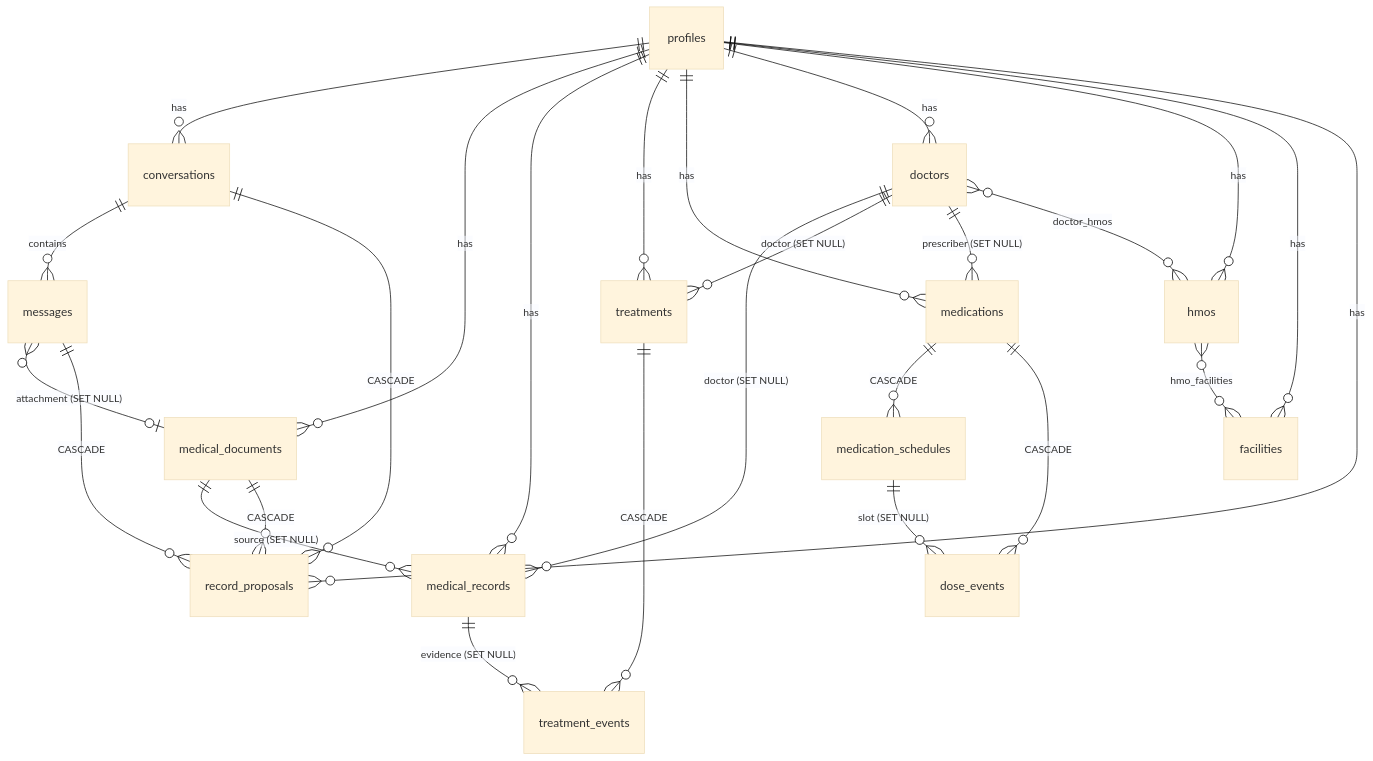
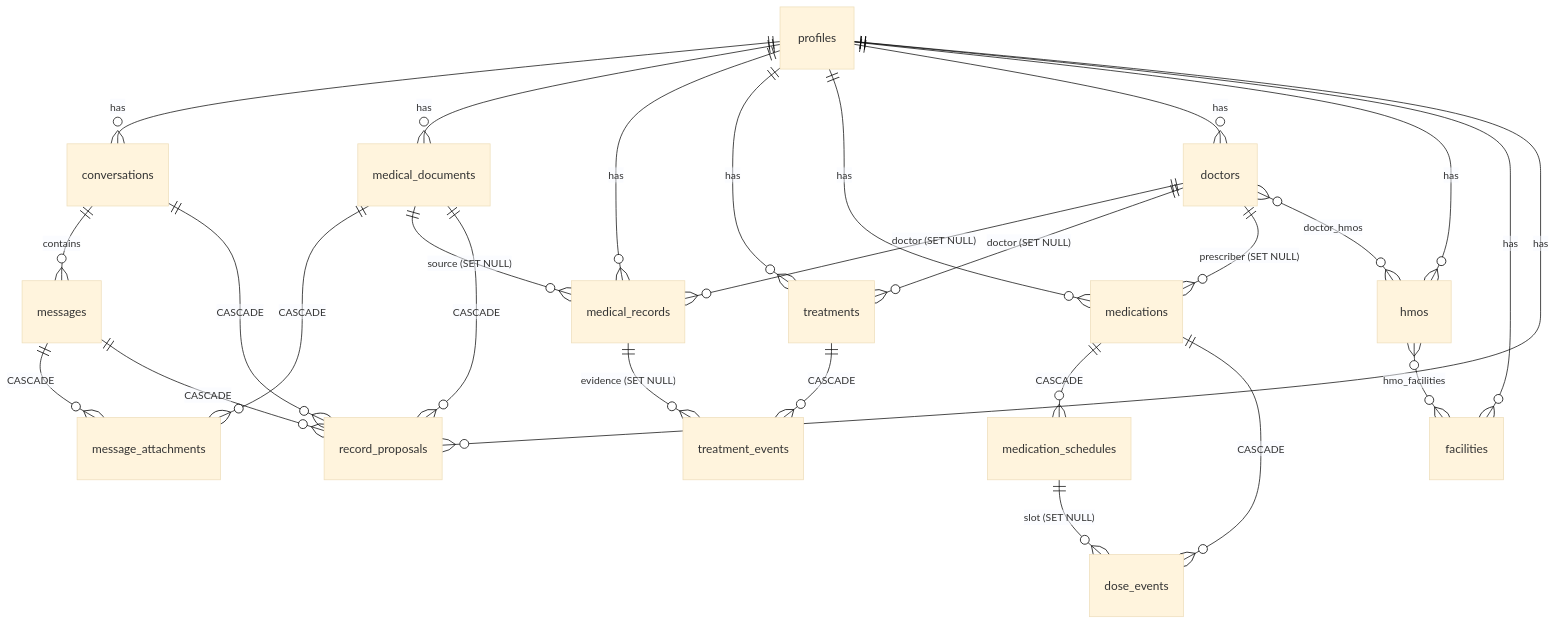
The diagram in docs/DATABASE_SCHEMA.md (winterwind999/doc-pawi), drawn with Mermaid (base theme) before and after one commit. The commit also changed other lines of this file and 9 other files, not shown here.

First line of the commit message:
Attach several documents in chat, show which are ready, and when messages were sent

````diff
--- a/docs/DATABASE_SCHEMA.md
+++ b/docs/DATABASE_SCHEMA.md
@@ -26,28 +26,29 @@
 ```mermaid
 erDiagram
   profiles ||--o{ conversations : has
   profiles ||--o{ medical_documents : has
   profiles ||--o{ medical_records : has
   profiles ||--o{ treatments : has
   profiles ||--o{ medications : has
   profiles ||--o{ doctors : has
   profiles ||--o{ hmos : has
   profiles ||--o{ facilities : has
   profiles ||--o{ record_proposals : has
   conversations ||--o{ messages : contains
-  messages }o--o| medical_documents : "attachment (SET NULL)"
+  messages ||--o{ message_attachments : "CASCADE"
+  medical_documents ||--o{ message_attachments : "CASCADE"
   medical_documents ||--o{ medical_records : "source (SET NULL)"
   doctors ||--o{ medical_records : "doctor (SET NULL)"
   treatments ||--o{ treatment_events : "CASCADE"
   medical_records ||--o{ treatment_events : "evidence (SET NULL)"
   doctors ||--o{ treatments : "doctor (SET NULL)"
   medications ||--o{ medication_schedules : "CASCADE"
   medications ||--o{ dose_events : "CASCADE"
   medication_schedules ||--o{ dose_events : "slot (SET NULL)"
   doctors ||--o{ medications : "prescriber (SET NULL)"
   doctors }o--o{ hmos : doctor_hmos
   hmos }o--o{ facilities : hmo_facilities
   conversations ||--o{ record_proposals : "CASCADE"
   messages ||--o{ record_proposals : "CASCADE"
   medical_documents ||--o{ record_proposals : "CASCADE"
 ```
````
